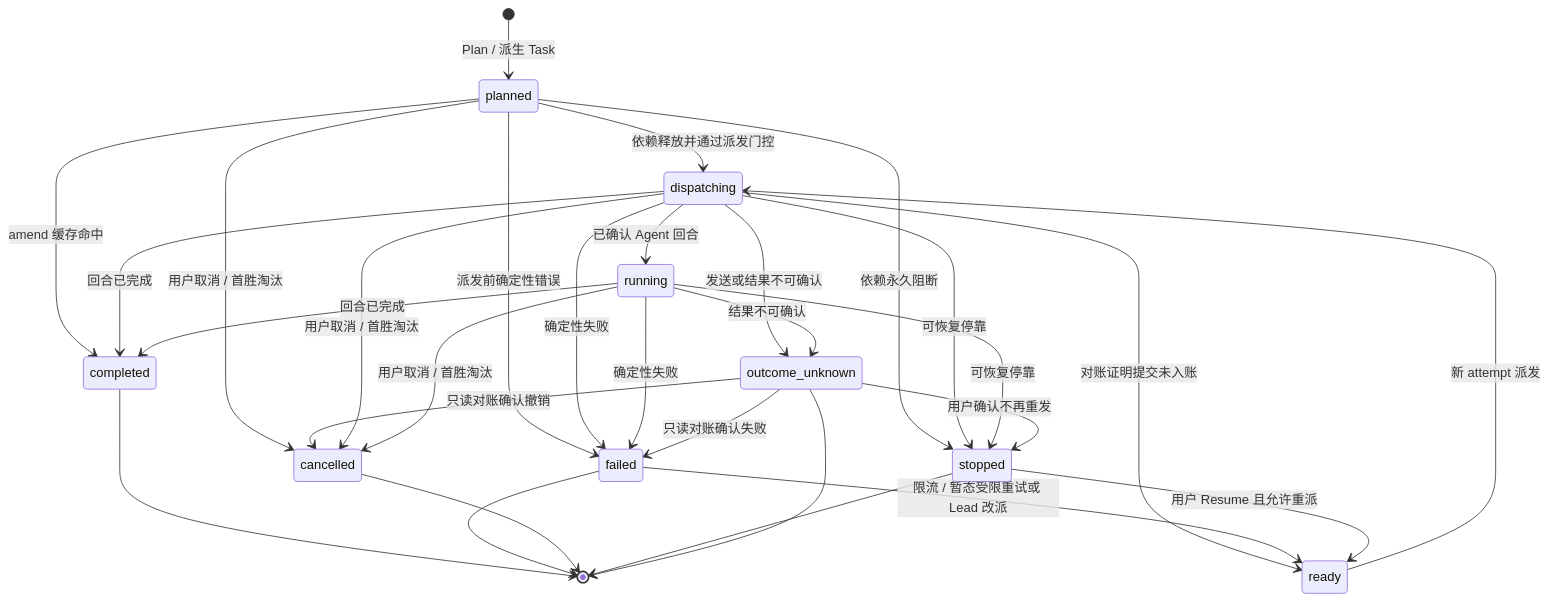
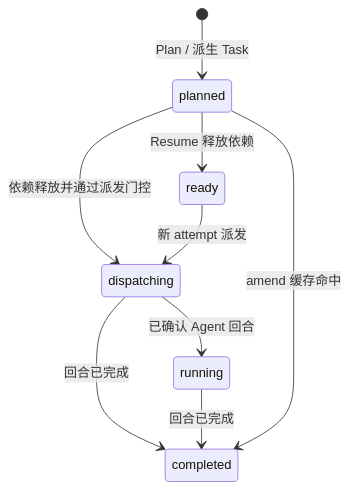
Before and after one commit to BenedictKing/mobile-bridge: the tenth of 22 diagrams in docs/team-runtime-diagrams.md, drawn with Mermaid. The commit also changed other lines of this file and 10 other files, not shown here.

````diff
--- a/docs/team-runtime-diagrams.md
+++ b/docs/team-runtime-diagrams.md
@@ -173,32 +195,11 @@
 ```mermaid
 stateDiagram-v2
     [*] --> planned: Plan / 派生 Task
-    planned --> completed: amend 缓存命中
+    planned --> ready: Resume 释放依赖
     planned --> dispatching: 依赖释放并通过派发门控
     ready --> dispatching: 新 attempt 派发
     dispatching --> running: 已确认 Agent 回合
-    dispatching --> ready: 对账证明提交未入账
     dispatching --> completed: 回合已完成
     running --> completed: 回合已完成
-    planned --> failed: 派发前确定性错误
-    planned --> stopped: 依赖永久阻断
-    planned --> cancelled: 用户取消 / 首胜淘汰
-    dispatching --> failed: 确定性失败
-    running --> failed: 确定性失败
-    failed --> ready: 限流 / 暂态受限重试或 Lead 改派
-    dispatching --> stopped: 可恢复停靠
-    running --> stopped: 可恢复停靠
-    stopped --> ready: 用户 Resume 且允许重派
-    dispatching --> outcome_unknown: 发送或结果不可确认
-    running --> outcome_unknown: 结果不可确认
-    outcome_unknown --> failed: 只读对账确认失败
-    outcome_unknown --> cancelled: 只读对账确认撤销
-    outcome_unknown --> stopped: 用户确认不再重发
-    dispatching --> cancelled: 用户取消 / 首胜淘汰
-    running --> cancelled: 用户取消 / 首胜淘汰
-    completed --> [*]
-    failed --> [*]
-    cancelled --> [*]
-    stopped --> [*]
-    outcome_unknown --> [*]
+    planned --> completed: amend 缓存命中
 ```
````
